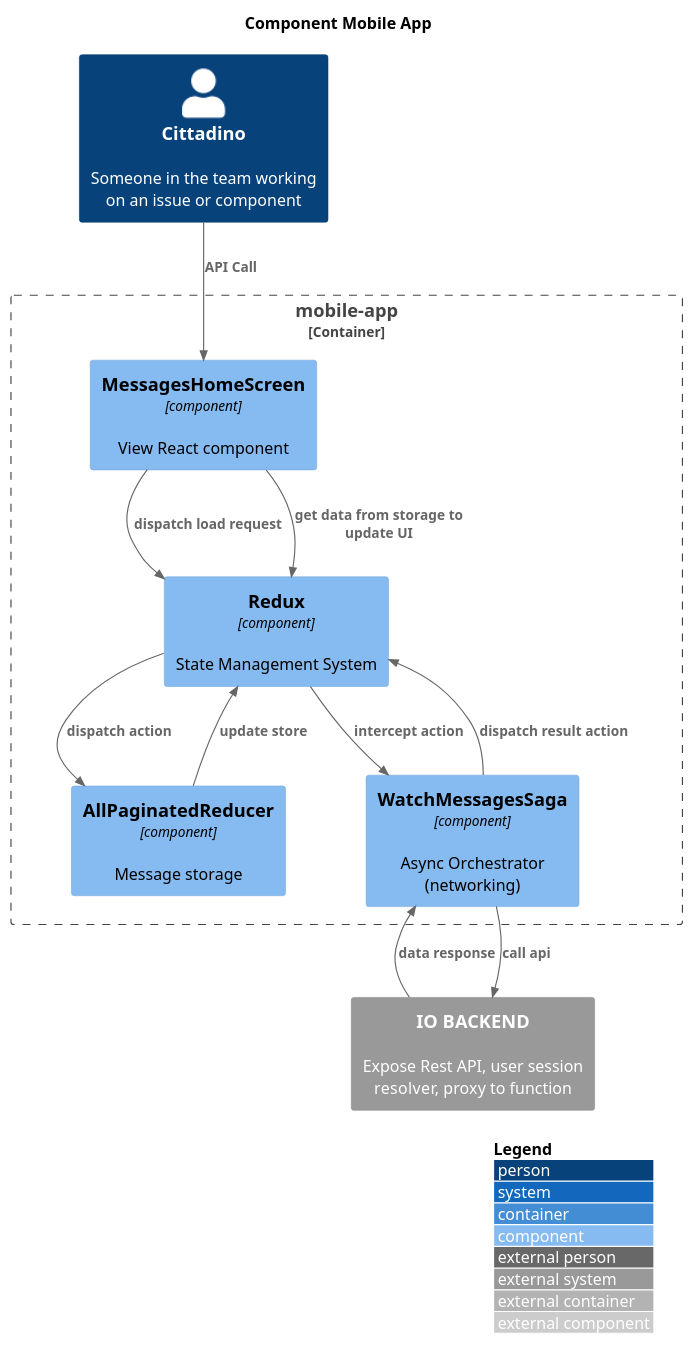
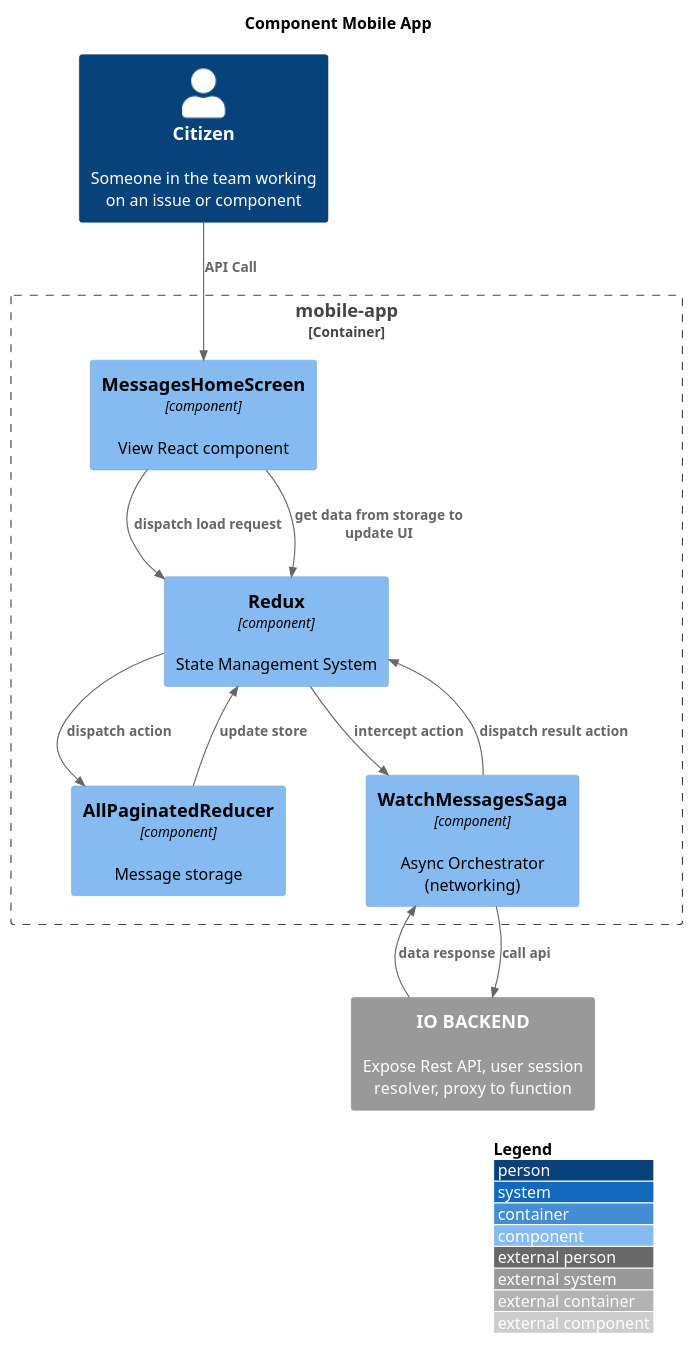
One commit to pagopa/io-messages changed the diagram in docs/read-messages/mobile-app.plantuml. Above: the diagram before and after it, drawn with PlantUML. The commit also changed 3 other files, not shown here.

```diff
--- a/docs/read-messages/mobile-app.plantuml
+++ b/docs/read-messages/mobile-app.plantuml
@@ -1,36 +1,36 @@
 @startuml mobile-app
 
 !include <C4/C4_Context>
 !include <C4/C4_Container>
 !include <C4/C4_Component>
 
 LAYOUT_WITH_LEGEND()
 
 title Component Mobile App
 
-Person(customer, Cittadino, "Someone in the team working on an issue or component")
+Person(customer, Citizen, "Someone in the team working on an issue or component")
 
 System_Ext(io_backend, "IO BACKEND", "Expose Rest API, user session resolver, proxy to function")
 
 Container_Boundary(mobile_app, "mobile-app") {
     Component(msgs_home_screen, "MessagesHomeScreen", "component", "View React component")
     Component(redux, "Redux", "component", "State Management System")
     Component(all_paginated_reducer, "AllPaginatedReducer", "component", "Message storage")
     Component(watch_msgs_saga, "WatchMessagesSaga", "component", "Async Orchestrator (networking)")
 
     Rel(msgs_home_screen, redux, "dispatch load request")
     Rel(msgs_home_screen, redux, "get data from storage to update UI")
 
     Rel(redux, all_paginated_reducer, "dispatch action")
     Rel(all_paginated_reducer, redux, "update store")
 
     Rel(redux, watch_msgs_saga, "intercept action")
     Rel(watch_msgs_saga, redux, "dispatch result action")
 
 }
 
 Rel(customer, msgs_home_screen, "API Call")
 Rel(io_backend, watch_msgs_saga, "data response")
 Rel(watch_msgs_saga, io_backend, "call api")
 
 @enduml
```
